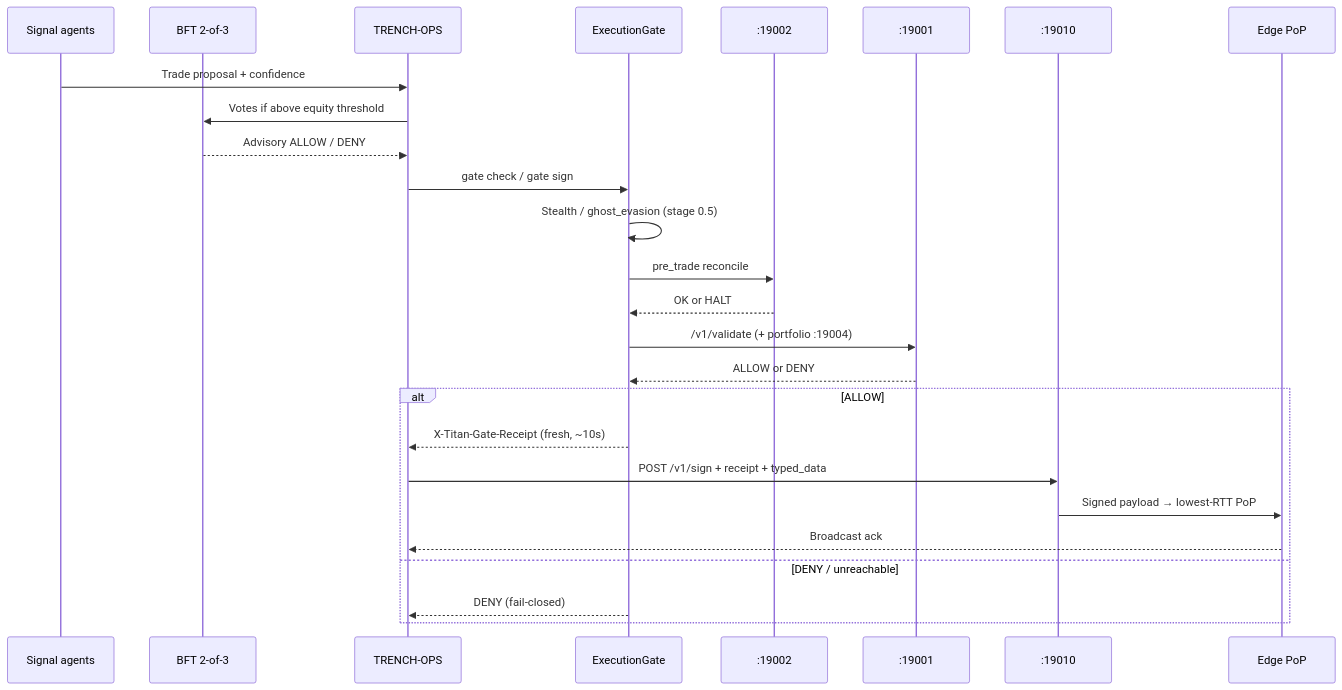
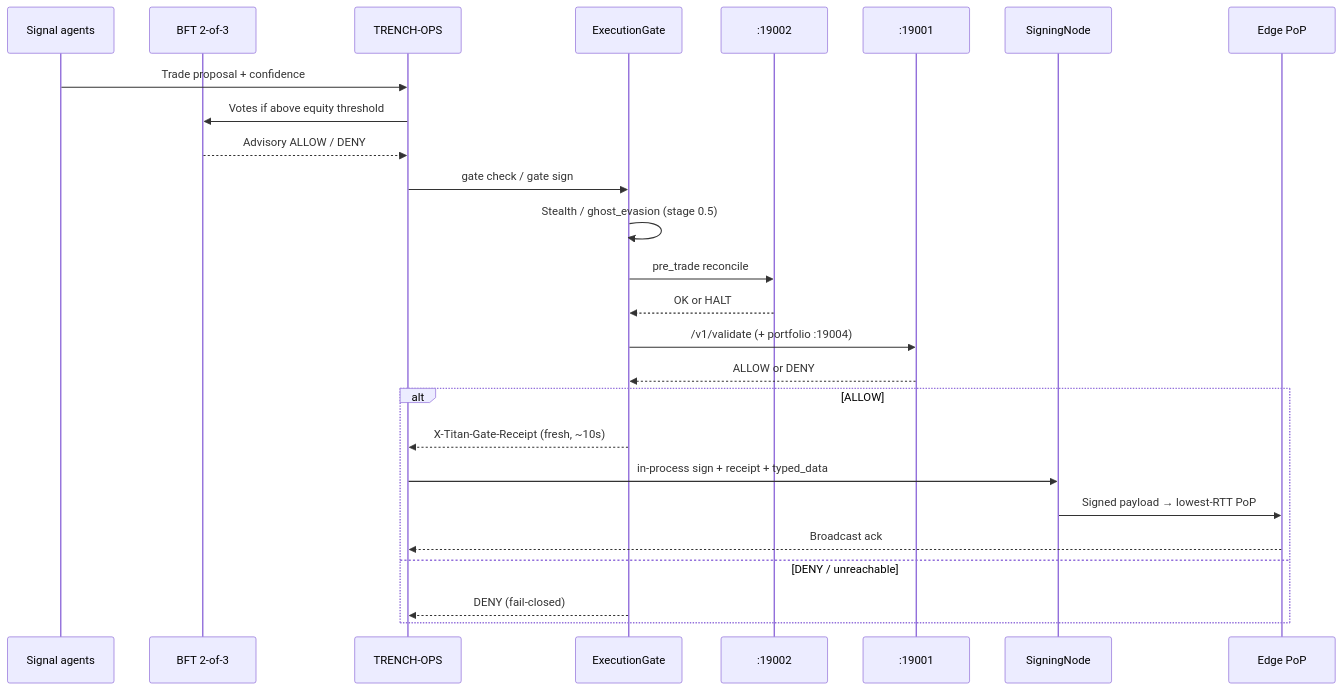
The second of 2 diagrams in SYSTEM.md (TitanAgentik/titan-deploy), drawn with Mermaid before and after one commit. The commit also changed other lines of this file and 49 other files, not shown here.

First line of the commit message:
Fold signing into in-process titan-safety; drop :19010 hot-path hop.

````diff
--- a/SYSTEM.md
+++ b/SYSTEM.md
@@ -189,29 +189,29 @@
 ```mermaid
 sequenceDiagram
   participant Sig as Signal agents
   participant BFT as BFT 2-of-3
   participant TO as TRENCH-OPS
   participant Gate as ExecutionGate
   participant Recon as :19002
   participant Kern as :19001
-  participant Sign as :19010
+  participant Sign as SigningNode
   participant Edge as Edge PoP
 
   Sig->>TO: Trade proposal + confidence
   TO->>BFT: Votes if above equity threshold
   BFT-->>TO: Advisory ALLOW / DENY
   TO->>Gate: gate check / gate sign
   Gate->>Gate: Stealth / ghost_evasion (stage 0.5)
   Gate->>Recon: pre_trade reconcile
   Recon-->>Gate: OK or HALT
   Gate->>Kern: /v1/validate (+ portfolio :19004)
   Kern-->>Gate: ALLOW or DENY
   alt ALLOW
     Gate-->>TO: X-Titan-Gate-Receipt (fresh, ~10s)
-    TO->>Sign: POST /v1/sign + receipt + typed_data
+    TO->>Sign: in-process sign + receipt + typed_data
     Sign->>Edge: Signed payload → lowest-RTT PoP
     Edge-->>TO: Broadcast ack
   else DENY / unreachable
     Gate-->>TO: DENY (fail-closed)
   end
 ```
````
